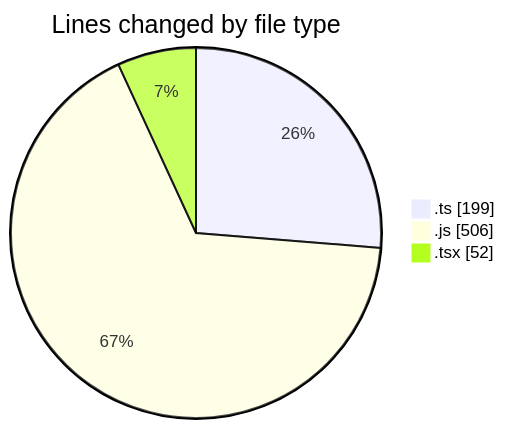
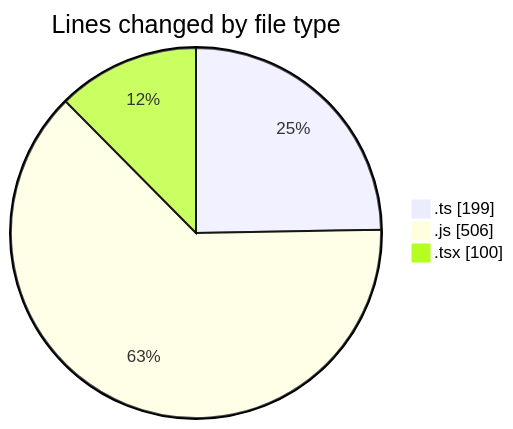
The first of 2 diagrams in 2025-03-12/cda/README.md (momahboobian/code-tracking), drawn with Mermaid before and after one commit. The commit also changed other lines of this file and 1 other file, not shown here.

````diff
--- a/2025-03-12/cda/README.md
+++ b/2025-03-12/cda/README.md
@@ -27,7 +28,7 @@
 ```mermaid
 pie showData
 title Lines changed by file type
 ".ts" : 199
 ".js" : 506
-".tsx" : 52
+".tsx" : 100
 ```
````
